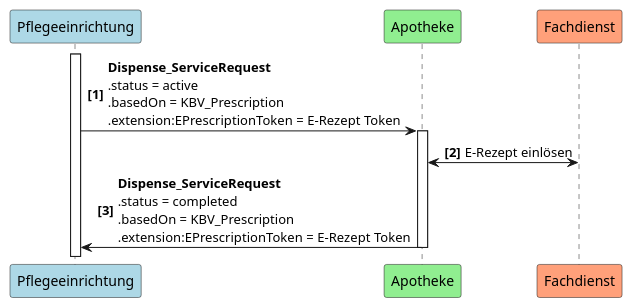
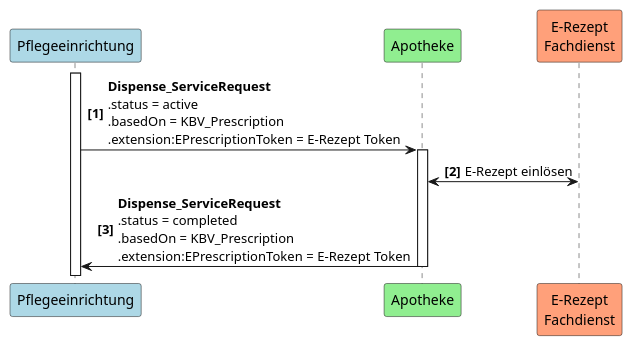
The diagram in ImplementationGuide/puml/UC1_2.puml (gematik/spec-E-Rezept-ServiceRequest), drawn with PlantUML before and after one commit. The commit also changed 7 other files, not shown here.

```diff
--- a/ImplementationGuide/puml/UC1_2.puml
+++ b/ImplementationGuide/puml/UC1_2.puml
@@ -1,11 +1,11 @@
 @startuml
 autonumber "<b>[0]"
 participant Pflegeeinrichtung as PE #LightBlue
 participant Apotheke as A #LightGreen
-participant Fachdienst as FD #LightSalmon
+participant "E-Rezept\nFachdienst" as FD #LightSalmon
 
 activate PE
 PE -> A++: <b>Dispense_ServiceRequest \n.status = active \n.basedOn = KBV_Prescription \n.extension:EPrescriptionToken = E-Rezept Token
 A <-> FD: E-Rezept einlösen
 A -> PE--: <b>Dispense_ServiceRequest \n.status = completed \n.basedOn = KBV_Prescription \n.extension:EPrescriptionToken = E-Rezept Token
 @enduml
```
